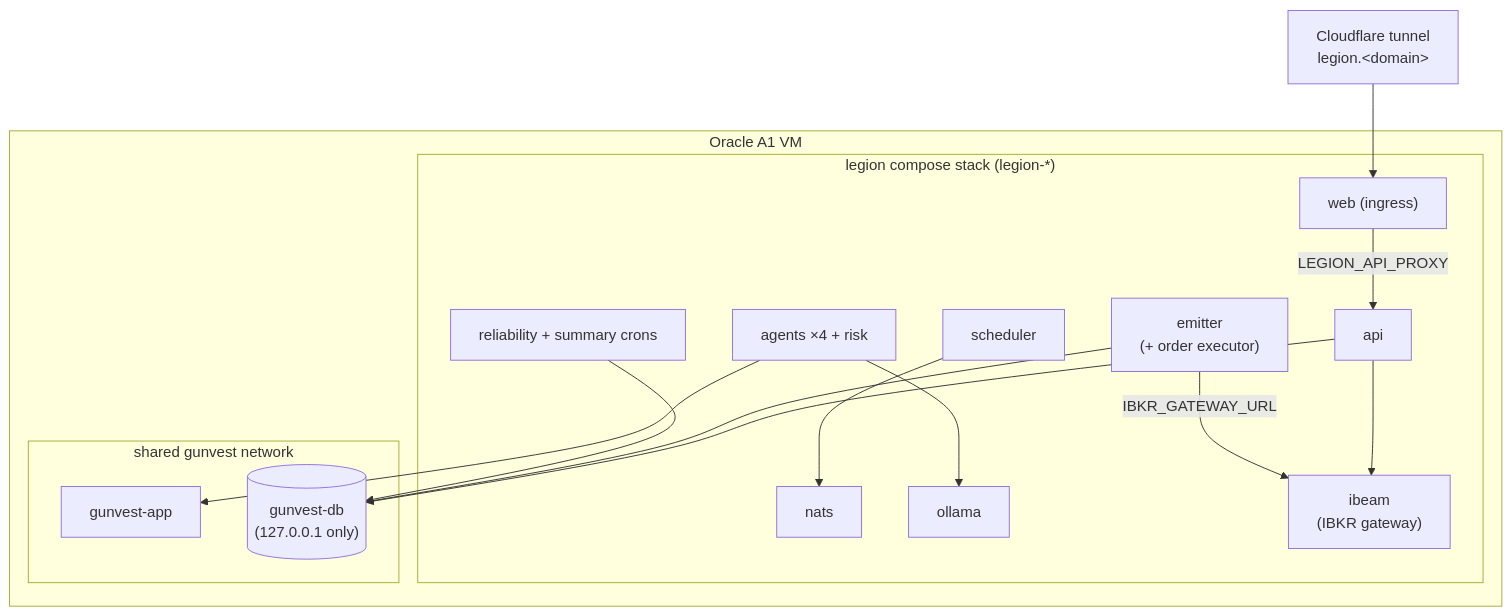
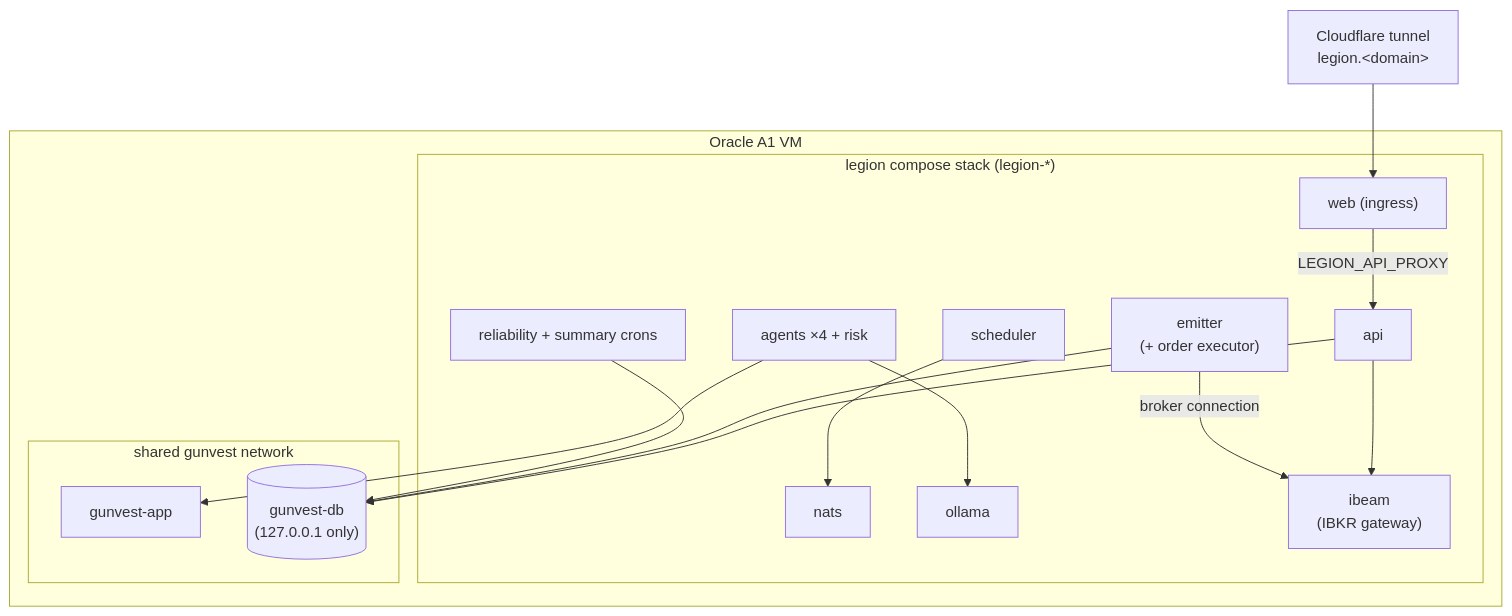
One commit to givewgun/legion changed the seventh of 8 diagrams in docs/ARCHITECTURE.md. Above: the diagram before and after it, drawn with Mermaid. The commit also changed other lines of this file and 30 other files, not shown here.

````diff
--- a/docs/ARCHITECTURE.md
+++ b/docs/ARCHITECTURE.md
@@ -269,34 +276,34 @@
 ```mermaid
 flowchart TB
     cf["Cloudflare tunnel<br/>legion.&lt;domain&gt;"]
 
     subgraph vm["Oracle A1 VM"]
         subgraph legionnet["legion compose stack (legion-*)"]
             web["web (ingress)"]
             api["api"]
             nats["nats"]
             ollama["ollama"]
             ag["agents ×4 + risk"]
             emitter["emitter<br/>(+ order executor)"]
             sched["scheduler"]
             crons["reliability + summary crons"]
             ibeam["ibeam<br/>(IBKR gateway)"]
         end
 
         subgraph shared["shared gunvest network"]
             gvapi["gunvest-app"]
             gvdb[("gunvest-db<br/>(127.0.0.1 only)")]
         end
     end
 
     cf --> web
     web -->|LEGION_API_PROXY| api
     api --> gvdb
     api --> ibeam
     ag --> gvapi
     ag --> ollama
     emitter --> gvdb
-    emitter -->|IBKR_GATEWAY_URL| ibeam
+    emitter -->|broker connection| ibeam
     sched --> nats
     crons --> gvdb
 ```
````
